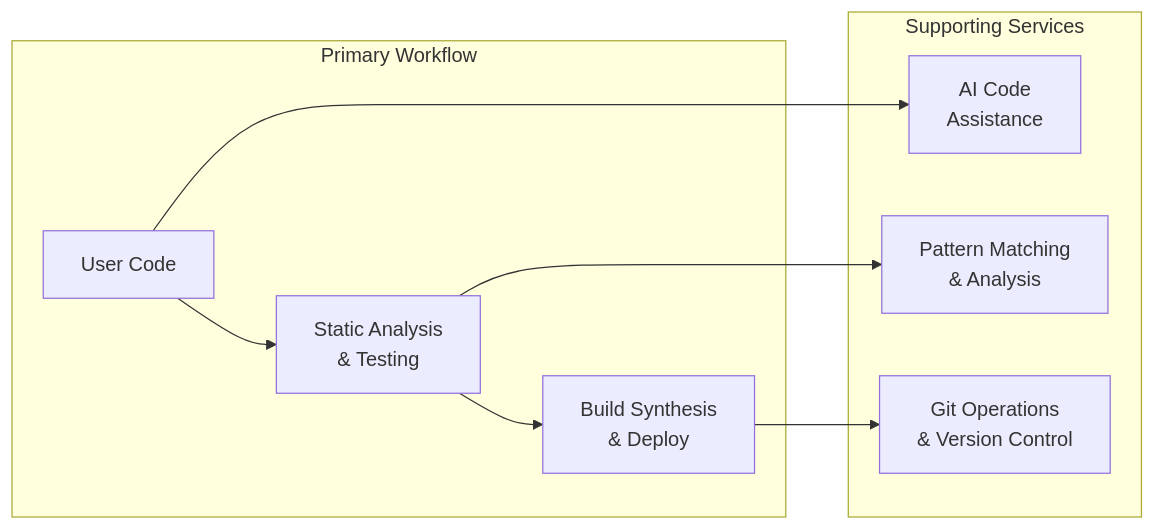
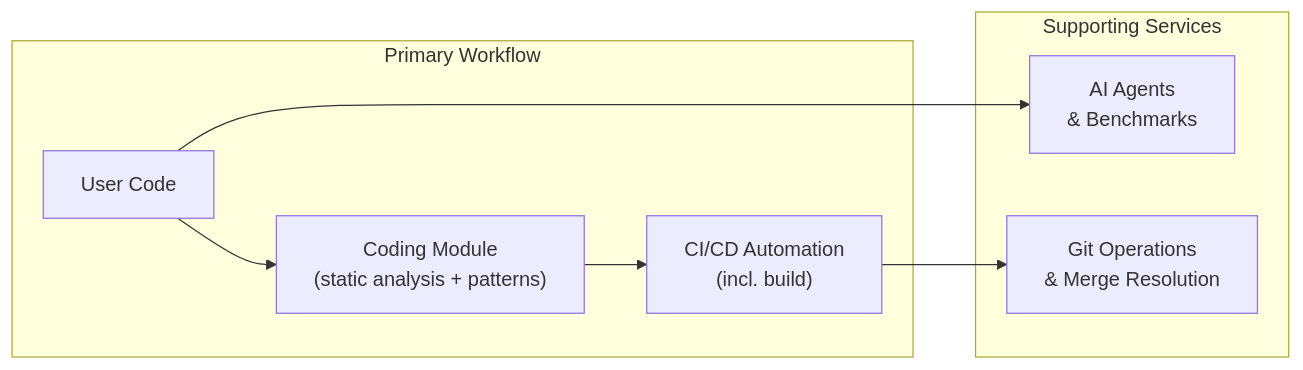
The first of 3 diagrams in docs/modules/relationships.md (docxology/codomyrmex), drawn with Mermaid before and after one commit. The commit also changed other lines of this file and 847 other files, not shown here.

````diff
--- a/docs/modules/relationships.md
+++ b/docs/modules/relationships.md
@@ -120,21 +93,19 @@
 ```mermaid
 graph LR
     subgraph "Primary Workflow"
         UserCode["User Code"]
-        StaticAnalysis["Static Analysis<br/>& Testing"]
-        BuildSynth["Build Synthesis<br/>& Deploy"]
+        CodingAnalysis["Coding Module<br/>(static analysis + patterns)"]
+        CICD["CI/CD Automation<br/>(incl. build)"]
 
-        UserCode --> StaticAnalysis
-        StaticAnalysis --> BuildSynth
+        UserCode --> CodingAnalysis
+        CodingAnalysis --> CICD
     end
 
     subgraph "Supporting Services"
-        AICode["AI Code<br/>Assistance"]
-        PatternMatch["Pattern Matching<br/>& Analysis"]
-        GitOps["Git Operations<br/>& Version Control"]
+        AICode["AI Agents<br/>& Benchmarks"]
+        GitOps["Git Operations<br/>& Merge Resolution"]
 
         UserCode --> AICode
-        StaticAnalysis --> PatternMatch
-        BuildSynth --> GitOps
+        CICD --> GitOps
     end
 ```
````
